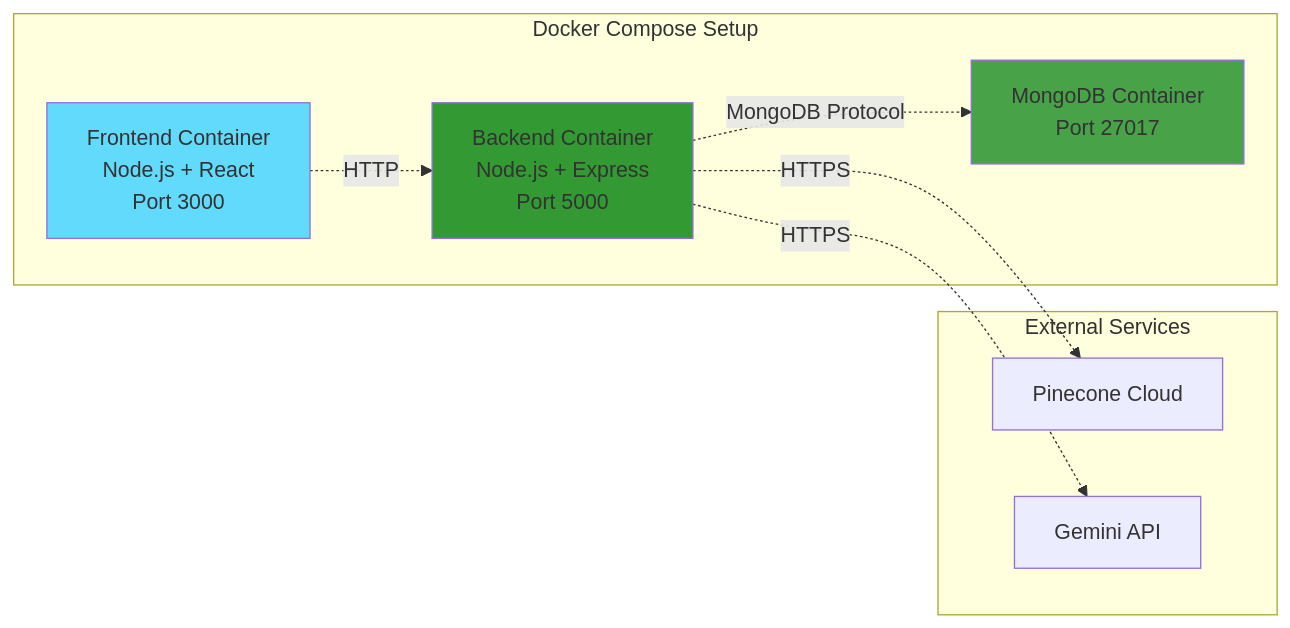
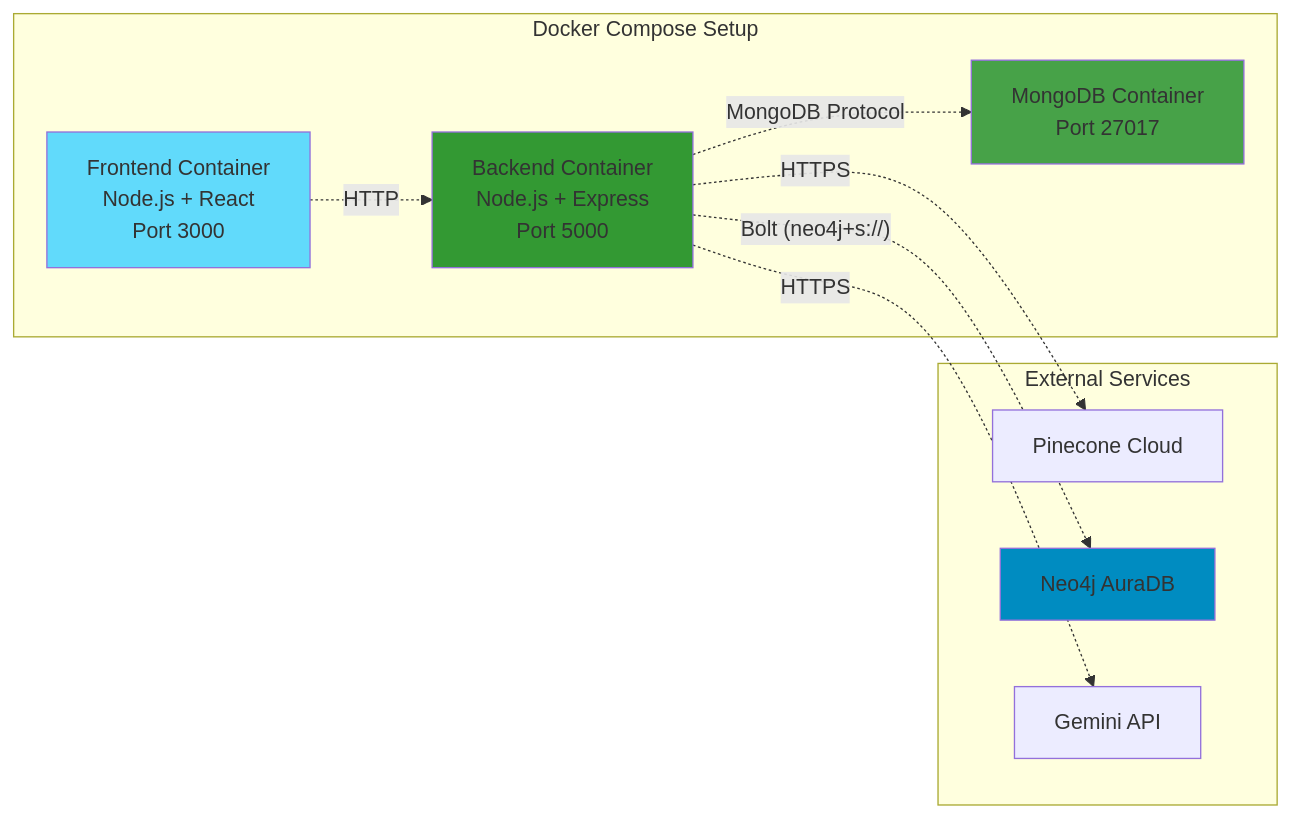
Before and after one commit to hoangsonww/AI-RAG-Assistant-Chatbot: diagram 35 of 43 in ARCHITECTURE.md, drawn with Mermaid. The commit also changed other lines of this file and 32 other files, not shown here.

First line of the commit message:
feat(rag): add hybrid Pinecone+Neo4j retrieval, graph ingestion, and CLI graph management

````diff
--- a/ARCHITECTURE.md
+++ b/ARCHITECTURE.md
@@ -1250,22 +1725,25 @@
 ```mermaid
 graph LR
     subgraph "Docker Compose Setup"
         FrontendContainer[Frontend Container<br/>Node.js + React<br/>Port 3000]
         BackendContainer[Backend Container<br/>Node.js + Express<br/>Port 5000]
         MongoContainer[MongoDB Container<br/>Port 27017]
     end
 
     subgraph "External Services"
         PineconeCloud[Pinecone Cloud]
+        Neo4jAura[Neo4j AuraDB]
         GeminiAPI[Gemini API]
     end
 
     FrontendContainer -.HTTP.-> BackendContainer
     BackendContainer -.MongoDB Protocol.-> MongoContainer
     BackendContainer -.HTTPS.-> PineconeCloud
+    BackendContainer -."Bolt (neo4j+s://)".-> Neo4jAura
     BackendContainer -.HTTPS.-> GeminiAPI
 
     style FrontendContainer fill:#61DAFB
     style BackendContainer fill:#339933
     style MongoContainer fill:#47A248
+    style Neo4jAura fill:#008CC1
 ```
````
